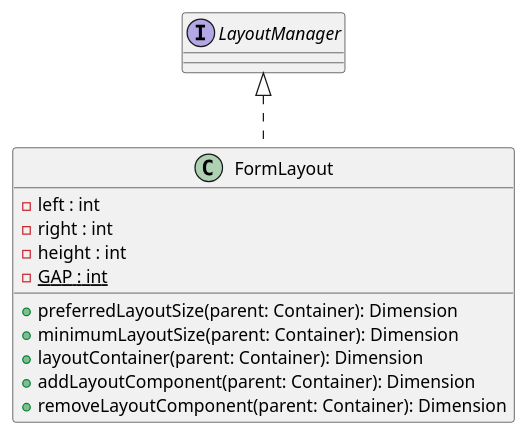
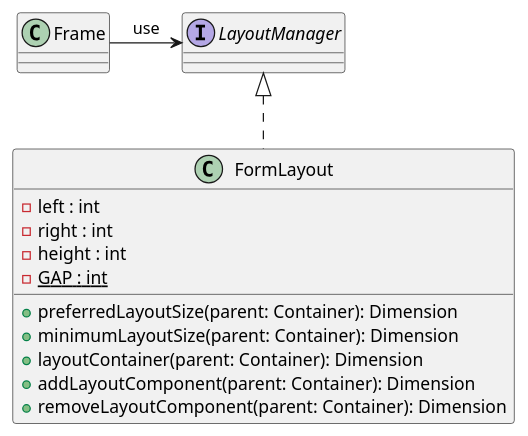
Before and after one commit to yvanross/LOG121-GOF-exemples: the first of 2 diagrams in src/main/java/Strategie/LayoutManager/README.puml, drawn with PlantUML. The commit also changed other lines of this file and 27 other files, not shown here.

```diff
--- a/src/main/java/Strategie/LayoutManager/README.puml
+++ b/src/main/java/Strategie/LayoutManager/README.puml
@@ -1,17 +1,20 @@
 @startuml diagamme de classe
 skinparam style strict
 
+class Frame
 class FormLayout implements LayoutManager
 
 class FormLayout {
     -left : int
     -right : int
     -height : int
     -{static} GAP : int
     +preferredLayoutSize(parent: Container): Dimension
     +minimumLayoutSize(parent: Container): Dimension
     +layoutContainer(parent: Container): Dimension
     +addLayoutComponent(parent: Container): Dimension
     +removeLayoutComponent(parent: Container): Dimension
 }
+
+Frame -> LayoutManager: use
 @enduml
```
